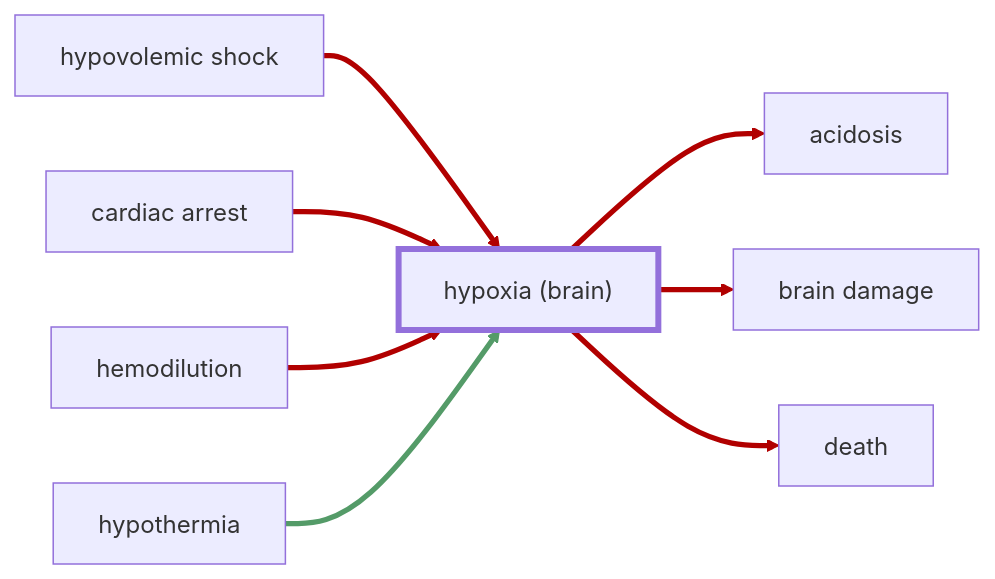
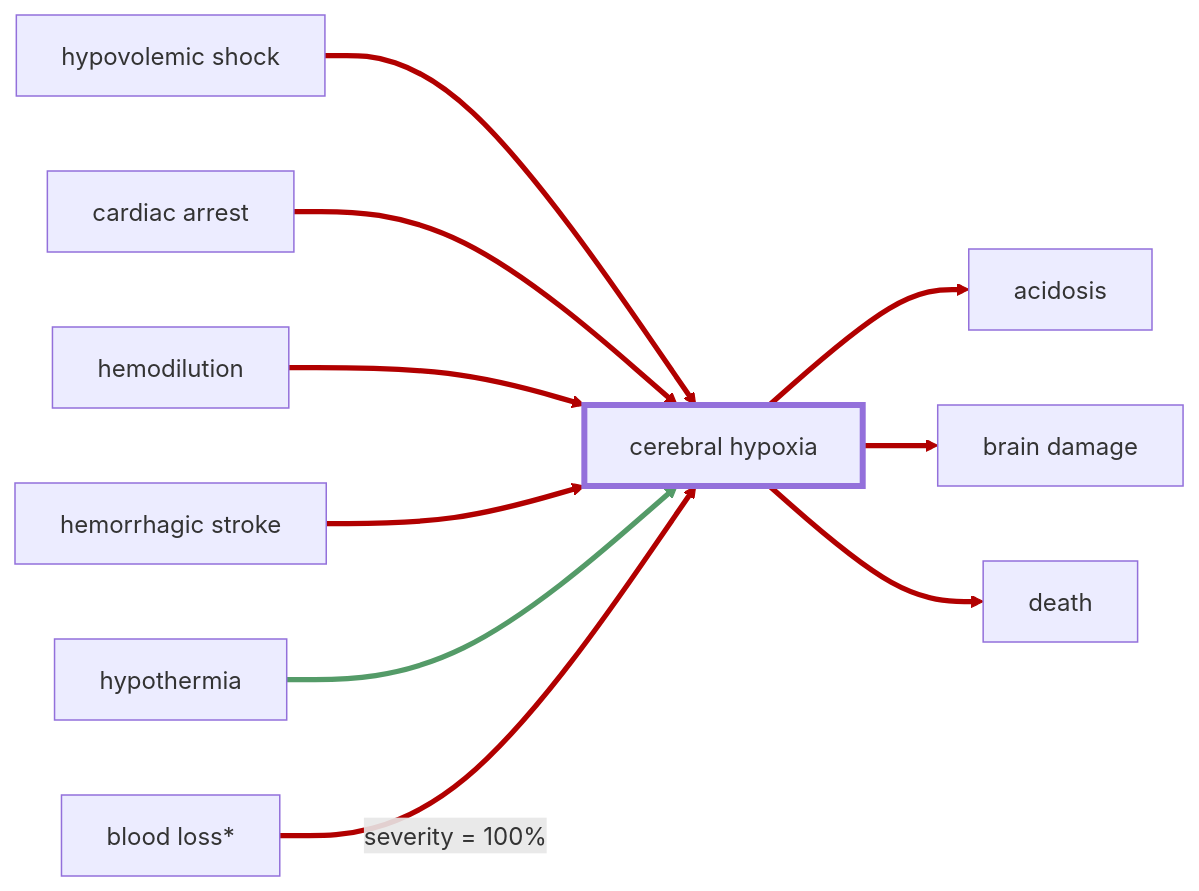
Before and after one commit to frederik-hoeft/rimworld-more-injuries: the second of 2 diagrams in docs/wiki/injuries/hypoxia.md, drawn with Mermaid. The commit also changed other lines of this file and 31 other files, not shown here.

````diff
--- a/docs/wiki/injuries/hypoxia.md
+++ b/docs/wiki/injuries/hypoxia.md
@@ -50,19 +51,21 @@
 ```mermaid
 ---
 config:
   flowchart:
     htmlLabels: true
 ---
 flowchart LR
-  hypovolemic_shock[hypovolemic shock] ==> hypoxia["hypoxia (brain)"]
+  hypovolemic_shock[hypovolemic shock] ==> hypoxia["cerebral hypoxia"]
   cardiac_arrest[cardiac arrest] ==> hypoxia
   hemodilution[hemodilution] ==> hypoxia
+  hemorrhagic_stroke[hemorrhagic stroke] ==> hypoxia
   hypothermia[hypothermia] ==> hypoxia
+  blood_loss[blood loss*] ==> | severity = 100% | hypoxia
   hypoxia ==> acidosis[acidosis]
   hypoxia ==> brain_damage[brain damage]
   hypoxia ==> death[death]
 
-  linkStyle 0,1,2,4,5,6 stroke: #b10000
-  linkStyle 3 stroke: #549b68
+  linkStyle 0,1,2,3,5,6,7,8 stroke: #b10000
+  linkStyle 4 stroke: #549b68
   style hypoxia stroke-width: 4px
 ```
````
